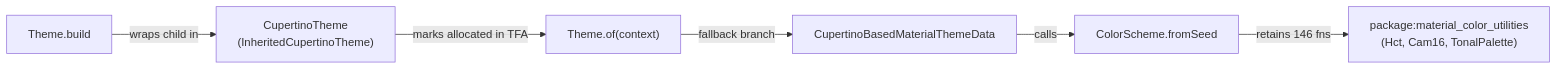
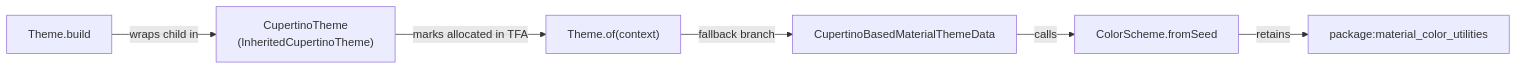
The diagram in rfc/310.0000-size-aware-design-systems.md (flutter/rfc), drawn with Mermaid before and after one commit. The commit also changed other lines of this file, not shown here.

First line of the commit message:
docs(rfc): align RFC 310.0000 with template, scope to material_ui, and add DevTools benchmark

````diff
--- a/rfc/310.0000-size-aware-design-systems.md
+++ b/rfc/310.0000-size-aware-design-systems.md
@@ -69,8 +58,8 @@
 ```mermaid
 flowchart LR
   TB["Theme.build"] -->|"wraps child in"| CT["CupertinoTheme\n(InheritedCupertinoTheme)"]
   CT -->|"marks allocated in TFA"| TO["Theme.of(context)"]
   TO -->|"fallback branch"| CB["CupertinoBasedMaterialThemeData"]
   CB -->|"calls"| CS["ColorScheme.fromSeed"]
-  CS -->|"retains 146 fns"| MCU["package:material_color_utilities\n(Hct, Cam16, TonalPalette)"]
+  CS -->|"retains"| MCU["package:material_color_utilities"]
 ```
````
